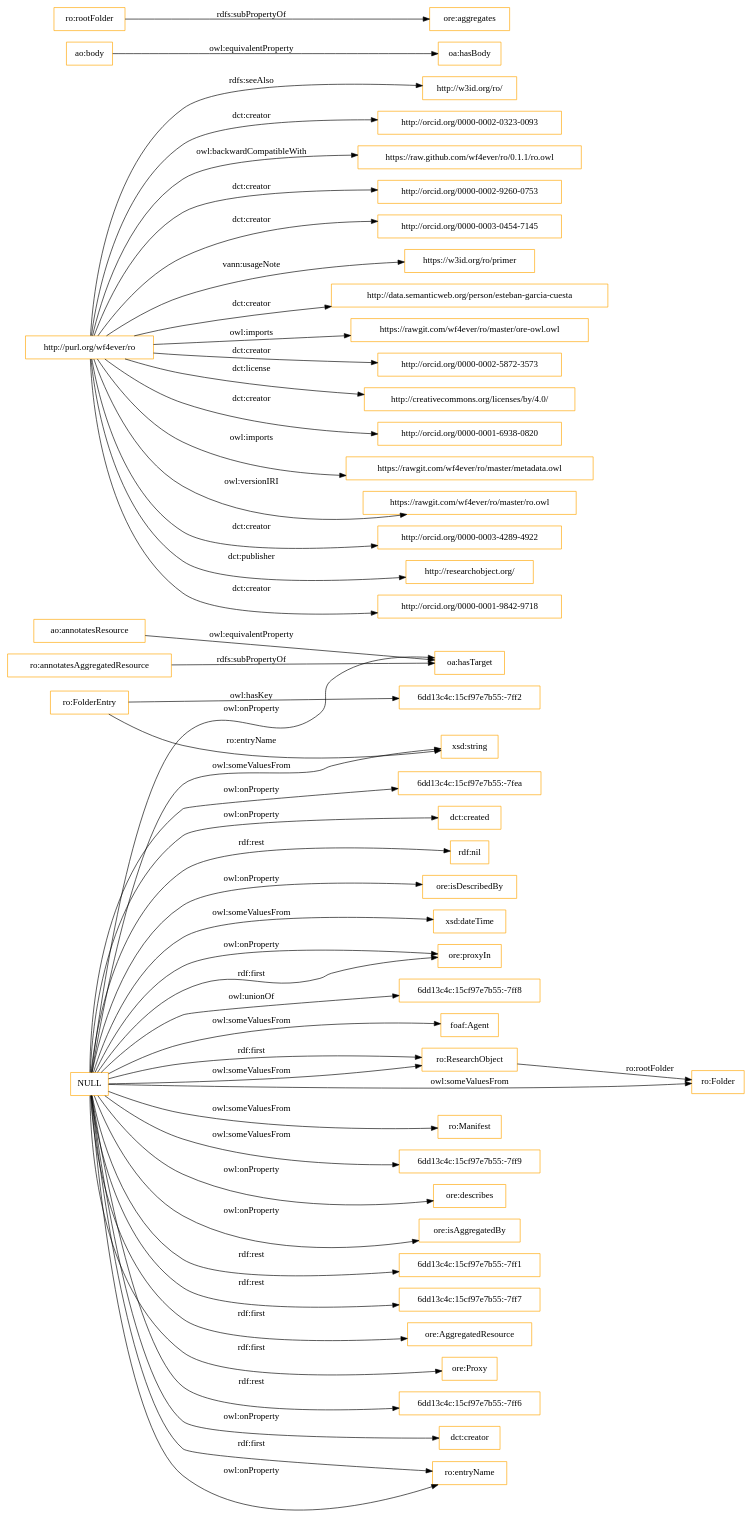
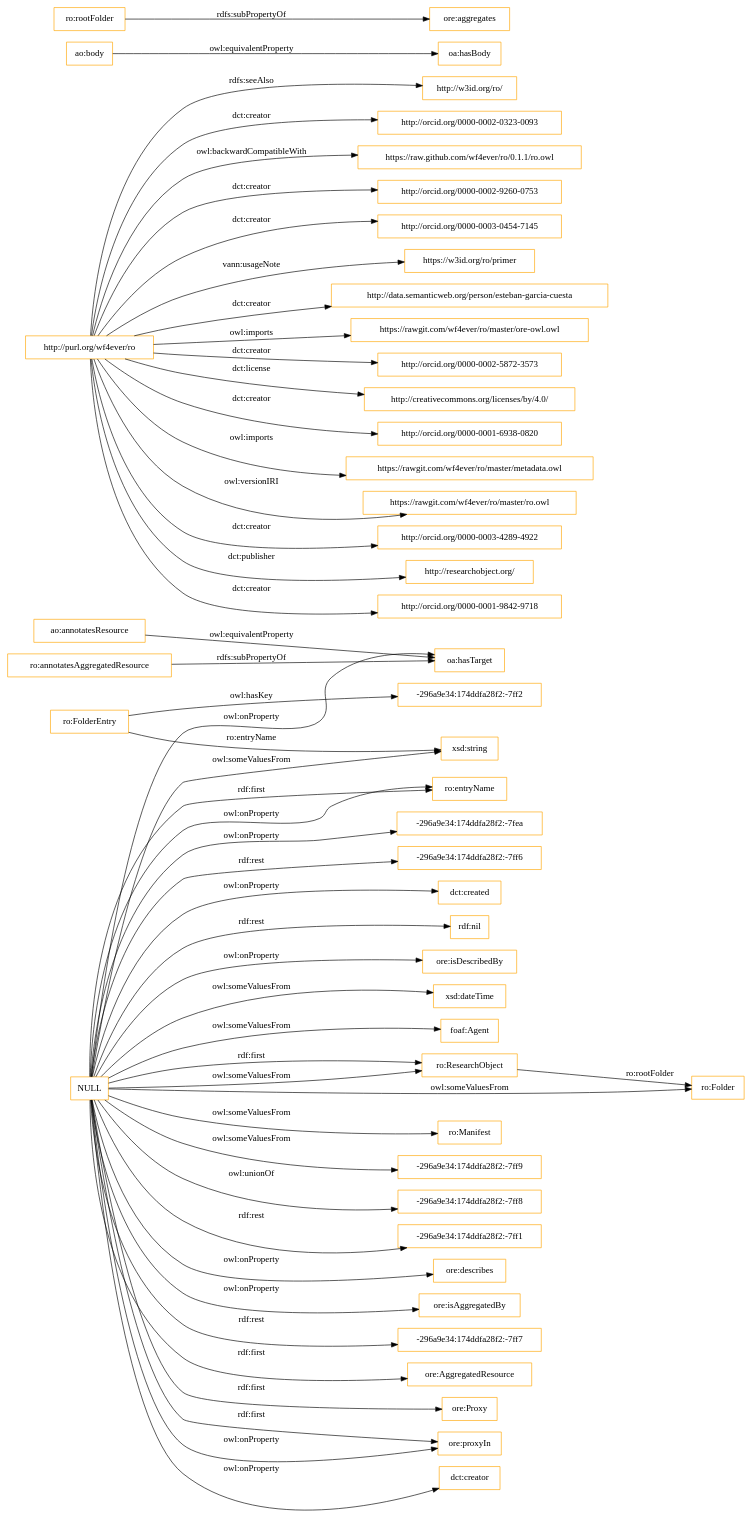
Before and after one commit to ahmad88me/ro: the diagram in OnToology/ro.owl/diagrams/ar2dtool-class/ro.owl.png.dot, drawn with Graphviz. The commit also changed 231 other files, not shown here.

```diff
--- a/OnToology/ro.owl/diagrams/ar2dtool-class/ro.owl.png.dot
+++ b/OnToology/ro.owl/diagrams/ar2dtool-class/ro.owl.png.dot
@@ -1,55 +1,55 @@
 digraph ar2dtool_diagram { 
 rankdir=LR;
 size="1501"
-node [shape = rectangle, color="orange"]; "foaf:Agent" "ro:ResearchObject" "ro:Manifest" "ro:FolderEntry" "ro:Folder" "6dd13c4c:15cf97e7b55:-7ff9" ; /*classes style*/
+node [shape = rectangle, color="orange"]; "foaf:Agent" "ro:ResearchObject" "ro:Manifest" "ro:FolderEntry" "ro:Folder" "-296a9e34:174ddfa28f2:-7ff9" ; /*classes style*/
 	"ao:annotatesResource" -> "oa:hasTarget" [ label = "owl:equivalentProperty" ];
 	"http://purl.org/wf4ever/ro" -> "http://w3id.org/ro/" [ label = "rdfs:seeAlso" ];
 	"http://purl.org/wf4ever/ro" -> "http://orcid.org/0000-0002-0323-0093" [ label = "dct:creator" ];
 	"http://purl.org/wf4ever/ro" -> "https://raw.github.com/wf4ever/ro/0.1.1/ro.owl" [ label = "owl:backwardCompatibleWith" ];
 	"http://purl.org/wf4ever/ro" -> "http://orcid.org/0000-0002-9260-0753" [ label = "dct:creator" ];
 	"http://purl.org/wf4ever/ro" -> "http://orcid.org/0000-0003-0454-7145" [ label = "dct:creator" ];
 	"http://purl.org/wf4ever/ro" -> "https://w3id.org/ro/primer" [ label = "vann:usageNote" ];
 	"http://purl.org/wf4ever/ro" -> "http://data.semanticweb.org/person/esteban-garcia-cuesta" [ label = "dct:creator" ];
 	"http://purl.org/wf4ever/ro" -> "https://rawgit.com/wf4ever/ro/master/ore-owl.owl" [ label = "owl:imports" ];
 	"http://purl.org/wf4ever/ro" -> "http://orcid.org/0000-0002-5872-3573" [ label = "dct:creator" ];
 	"http://purl.org/wf4ever/ro" -> "http://creativecommons.org/licenses/by/4.0/" [ label = "dct:license" ];
 	"http://purl.org/wf4ever/ro" -> "http://orcid.org/0000-0001-6938-0820" [ label = "dct:creator" ];
 	"http://purl.org/wf4ever/ro" -> "https://rawgit.com/wf4ever/ro/master/metadata.owl" [ label = "owl:imports" ];
 	"http://purl.org/wf4ever/ro" -> "https://rawgit.com/wf4ever/ro/master/ro.owl" [ label = "owl:versionIRI" ];
 	"http://purl.org/wf4ever/ro" -> "http://orcid.org/0000-0003-4289-4922" [ label = "dct:creator" ];
 	"http://purl.org/wf4ever/ro" -> "http://researchobject.org/" [ label = "dct:publisher" ];
 	"http://purl.org/wf4ever/ro" -> "http://orcid.org/0000-0001-9842-9718" [ label = "dct:creator" ];
 	"ao:body" -> "oa:hasBody" [ label = "owl:equivalentProperty" ];
 	"ro:annotatesAggregatedResource" -> "oa:hasTarget" [ label = "rdfs:subPropertyOf" ];
+	"NULL" -> "-296a9e34:174ddfa28f2:-7ff1" [ label = "rdf:rest" ];
 	"NULL" -> "xsd:string" [ label = "owl:someValuesFrom" ];
+	"NULL" -> "-296a9e34:174ddfa28f2:-7ff7" [ label = "rdf:rest" ];
 	"NULL" -> "ro:Folder" [ label = "owl:someValuesFrom" ];
 	"NULL" -> "ore:AggregatedResource" [ label = "rdf:first" ];
 	"NULL" -> "ore:Proxy" [ label = "rdf:first" ];
 	"NULL" -> "foaf:Agent" [ label = "owl:someValuesFrom" ];
-	"NULL" -> "6dd13c4c:15cf97e7b55:-7ff6" [ label = "rdf:rest" ];
 	"NULL" -> "dct:creator" [ label = "owl:onProperty" ];
 	"NULL" -> "ro:entryName" [ label = "rdf:first" ];
+	"NULL" -> "-296a9e34:174ddfa28f2:-7fea" [ label = "owl:onProperty" ];
+	"NULL" -> "-296a9e34:174ddfa28f2:-7ff6" [ label = "rdf:rest" ];
 	"NULL" -> "oa:hasTarget" [ label = "owl:onProperty" ];
 	"NULL" -> "ro:ResearchObject" [ label = "rdf:first" ];
-	"NULL" -> "6dd13c4c:15cf97e7b55:-7fea" [ label = "owl:onProperty" ];
 	"NULL" -> "dct:created" [ label = "owl:onProperty" ];
 	"NULL" -> "ro:Manifest" [ label = "owl:someValuesFrom" ];
 	"NULL" -> "rdf:nil" [ label = "rdf:rest" ];
 	"NULL" -> "ore:isDescribedBy" [ label = "owl:onProperty" ];
-	"NULL" -> "6dd13c4c:15cf97e7b55:-7ff9" [ label = "owl:someValuesFrom" ];
 	"NULL" -> "xsd:dateTime" [ label = "owl:someValuesFrom" ];
 	"NULL" -> "ore:proxyIn" [ label = "owl:onProperty" ];
 	"NULL" -> "ro:entryName" [ label = "owl:onProperty" ];
-	"NULL" -> "6dd13c4c:15cf97e7b55:-7ff8" [ label = "owl:unionOf" ];
+	"NULL" -> "-296a9e34:174ddfa28f2:-7ff8" [ label = "owl:unionOf" ];
 	"NULL" -> "ore:describes" [ label = "owl:onProperty" ];
 	"NULL" -> "ro:ResearchObject" [ label = "owl:someValuesFrom" ];
+	"NULL" -> "-296a9e34:174ddfa28f2:-7ff9" [ label = "owl:someValuesFrom" ];
 	"NULL" -> "ore:isAggregatedBy" [ label = "owl:onProperty" ];
-	"NULL" -> "6dd13c4c:15cf97e7b55:-7ff1" [ label = "rdf:rest" ];
-	"NULL" -> "6dd13c4c:15cf97e7b55:-7ff7" [ label = "rdf:rest" ];
 	"NULL" -> "ore:proxyIn" [ label = "rdf:first" ];
-	"ro:FolderEntry" -> "6dd13c4c:15cf97e7b55:-7ff2" [ label = "owl:hasKey" ];
+	"ro:FolderEntry" -> "-296a9e34:174ddfa28f2:-7ff2" [ label = "owl:hasKey" ];
 	"ro:rootFolder" -> "ore:aggregates" [ label = "rdfs:subPropertyOf" ];
 	"ro:ResearchObject" -> "ro:Folder" [ label = "ro:rootFolder" ];
 	"ro:FolderEntry" -> "xsd:string" [ label = "ro:entryName" ];
 
 }
```
